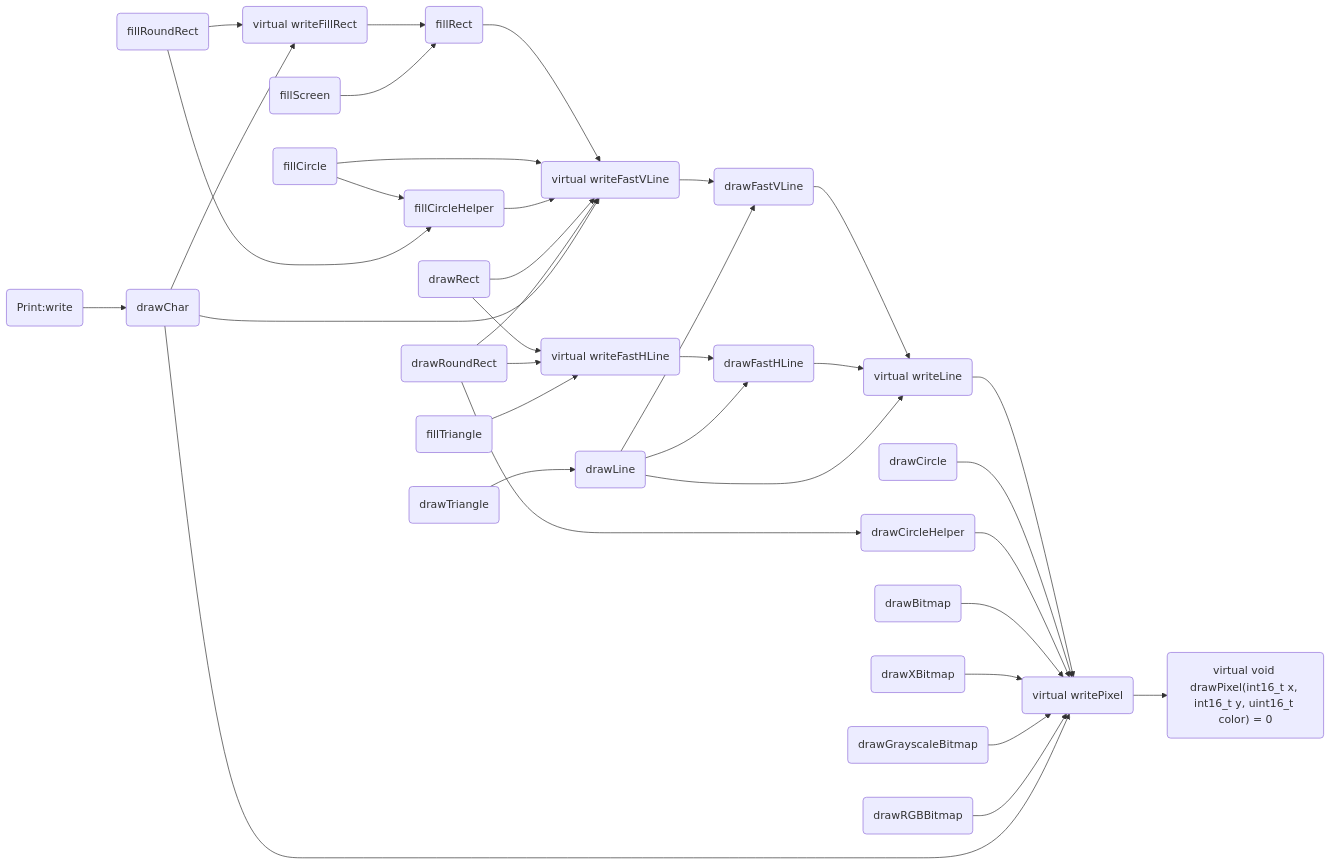
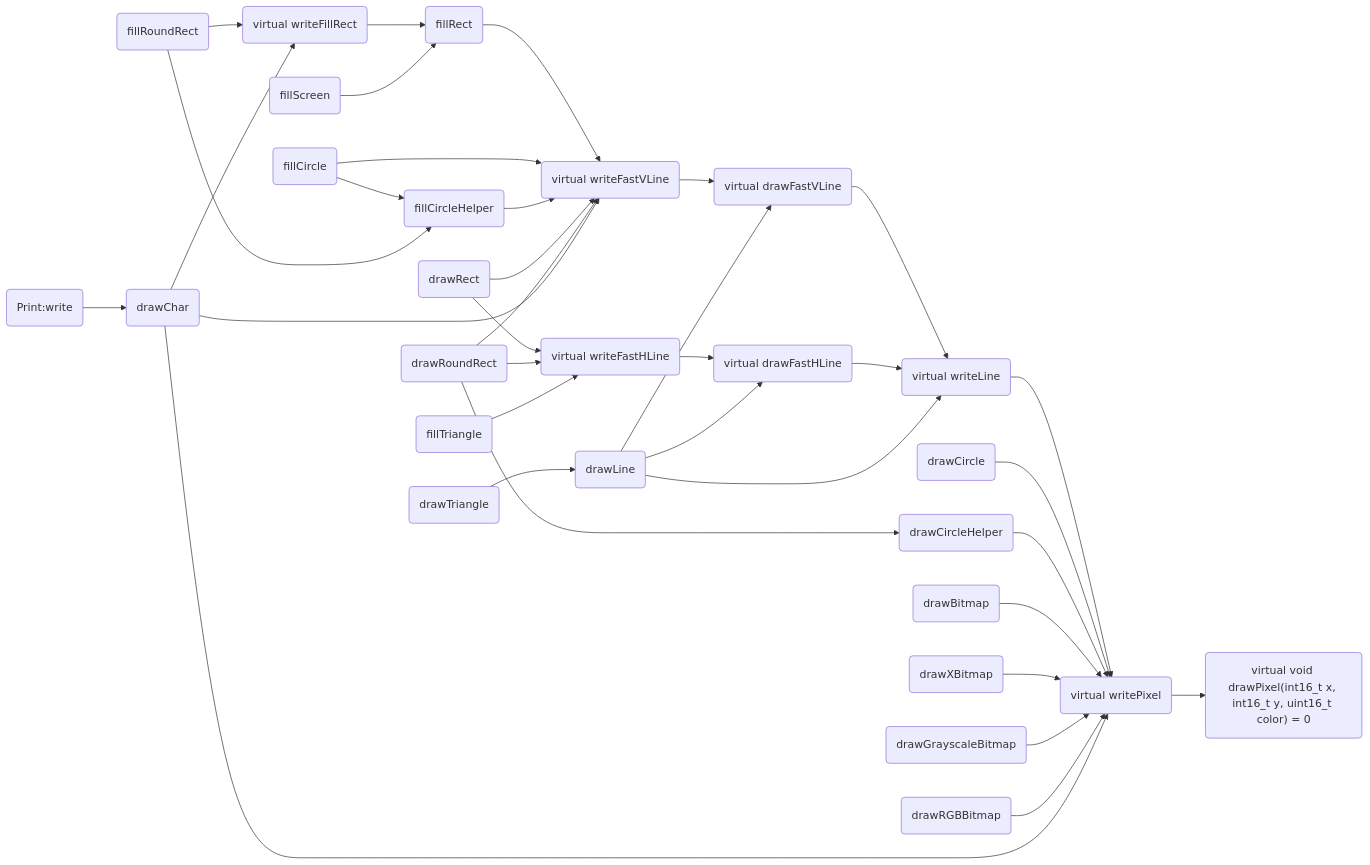
Before and after one commit to icodezhanglei/iodraw-files: the diagram in all/未命名.md, drawn with Mermaid.

Commit message:
2024-09-13 18:53:53 update

````diff
--- a/all/未命名.md
+++ b/all/未命名.md
@@ -1,59 +1,59 @@
 ```mermaid
 flowchart LR
 
 drawPixel("virtual void drawPixel(int16_t x, int16_t y, uint16_t color) = 0")
 writePixel(virtual writePixel)
 writeFillRect(virtual writeFillRect)
 writeFastVLine(virtual writeFastVLine)
 writeFastHLine(virtual writeFastHLine)
 writeLine(virtual writeLine)
-drawFastVLine(drawFastVLine)
-drawFastHLine(drawFastHLine)
+drawFastVLine(virtual drawFastVLine)
+drawFastHLine(virtual drawFastHLine)
 fillRect(fillRect)
 fillScreen(fillScreen)
 drawLine(drawLine)
 drawRect(drawRect)
 drawCircle(drawCircle)
 drawCircleHelper(drawCircleHelper)
 fillCircle(fillCircle)
 fillCircleHelper(fillCircleHelper)
 drawTriangle(drawTriangle)
 fillTriangle(fillTriangle)
 drawRoundRect(drawRoundRect)
 fillRoundRect(fillRoundRect)
 drawBitmap(drawBitmap)
 drawXBitmap(drawXBitmap)
 drawGrayscaleBitmap(drawGrayscaleBitmap)
 drawRGBBitmap(drawRGBBitmap)
 drawChar(drawChar)
 write(Print:write)
 
 
 writeLine --> writePixel --> drawPixel
 
 writeFastVLine --> drawFastVLine
 drawFastVLine --> writeLine
 
 writeFastHLine --> drawFastHLine
 drawFastHLine --> writeLine
 
 writeFillRect --> fillRect --> writeFastVLine
 
 fillScreen --> fillRect
 drawLine --> drawFastVLine & drawFastHLine &  writeLine
 drawCircle -->  writePixel
 drawCircleHelper --> writePixel
 fillCircle --> writeFastVLine & fillCircleHelper
 fillCircleHelper --> writeFastVLine
 drawRect --> writeFastHLine & writeFastVLine
 drawRoundRect --> writeFastHLine & writeFastVLine & drawCircleHelper
 fillRoundRect -->  writeFillRect & fillCircleHelper
 drawTriangle --> drawLine
 fillTriangle --> writeFastHLine
 drawBitmap -->  writePixel
 drawXBitmap -->  writePixel
 drawGrayscaleBitmap -->  writePixel
 drawRGBBitmap --> writePixel
 drawChar --> writePixel & writeFillRect & writeFastVLine
 write --> drawChar
 ```
````
